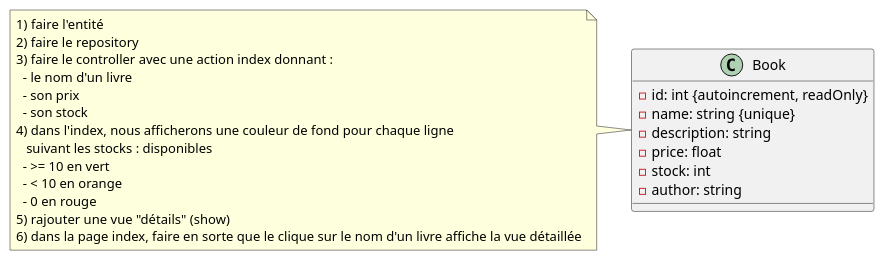
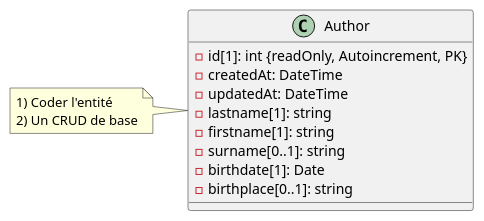
The diagram in doc/class.iuml (jponcy/symfo_itstart_2019), drawn with PlantUML before and after one commit. The commit also changed 7 other files, not shown here.

```diff
--- a/doc/class.iuml
+++ b/doc/class.iuml
@@ -1,28 +1,46 @@
-@startuml classes
-class Book {
-    - id: int {autoincrement, readOnly}
-    - name: string {unique}
-    - description: string
-    - price: float
-    - stock: int
-    - author: string
+@startuml author
+' class Book {
+'     - id: int {autoincrement, readOnly} <<PK>>
+'     - name: string {unique}
+'     - description: string
+'     - price: float
+'     - stock: int
+'     - author: string
+' }
+
+' note as consign
+'     1) faire l'entité
+'     2) faire le repository
+'     3) faire le controller avec une action index donnant :
+'       - le nom d'un livre
+'       - son prix
+'       - son stock
+'     4) dans l'index, nous afficherons une couleur de fond pour chaque ligne
+'        suivant les stocks : disponibles
+'       - >= 10 en vert
+'       - < 10 en orange
+'       - 0 en rouge
+'     5) rajouter une vue "détails" (show)
+'     6) dans la page index, faire en sorte que le clique sur le nom d'un livre affiche la vue détaillée
+' endnote
+
+' consign -> Book
+
+class Author {
+    - id[1]: int {readOnly, Autoincrement, PK}
+    - createdAt: DateTime
+    - updatedAt: DateTime
+    - lastname[1]: string
+    - firstname[1]: string
+    - surname[0..1]: string
+    - birthdate[1]: Date
+    - birthplace[0..1]: string
 }
 
-note as consign
-    1) faire l'entité
-    2) faire le repository
-    3) faire le controller avec une action index donnant :
-      - le nom d'un livre
-      - son prix
-      - son stock
-    4) dans l'index, nous afficherons une couleur de fond pour chaque ligne
-       suivant les stocks : disponibles
-      - >= 10 en vert
-      - < 10 en orange
-      - 0 en rouge
-    5) rajouter une vue "détails" (show)
-    6) dans la page index, faire en sorte que le clique sur le nom d'un livre affiche la vue détaillée
+note as AuthorConsigne
+1) Coder l'entité
+2) Un CRUD de base
 endnote
 
-consign -> Book
+AuthorConsigne -> Author
 @enduml
```
